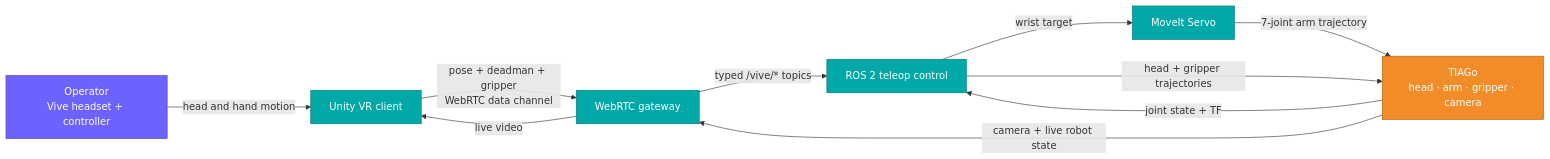
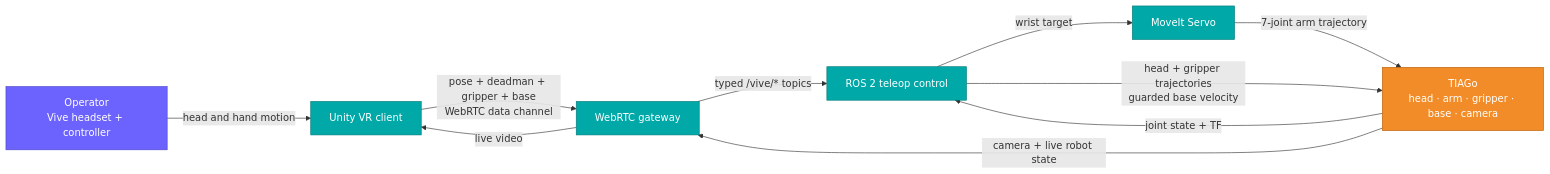
One commit to ichores-research/vive_teleop changed the first of 2 diagrams in README.md. Above: the diagram before and after it, drawn with Mermaid. The commit also changed other lines of this file and 39 other files, not shown here.

````diff
--- a/README.md
+++ b/README.md
@@ -61,26 +62,26 @@
 ```mermaid
 flowchart LR
     O["Operator<br/>Vive headset + controller"]
     U["Unity VR client"]
     W["WebRTC gateway"]
     T["ROS 2 teleop control"]
     S["MoveIt Servo"]
-    R["TIAGo<br/>head · arm · gripper · camera"]
+    R["TIAGo<br/>head · arm · gripper · base · camera"]
 
     O -->|head and hand motion| U
-    U -->|pose + deadman + gripper<br/>WebRTC data channel| W
+    U -->|pose + deadman + gripper + base<br/>WebRTC data channel| W
     W -->|typed /vive/* topics| T
     T -->|wrist target| S
-    T -->|head + gripper trajectories| R
+    T -->|head + gripper trajectories<br/>guarded base velocity| R
     S -->|7-joint arm trajectory| R
     R -->|camera + live robot state| W
     R -->|joint state + TF| T
     W -->|live video| U
 
     classDef human fill:#6C63FF,color:#fff,stroke:#4B44C4
     classDef client fill:#00A8A8,color:#fff,stroke:#007878
     classDef robot fill:#F28C28,color:#fff,stroke:#B85E00
     class O human
     class U,W,T,S client
     class R robot
 ```
````
